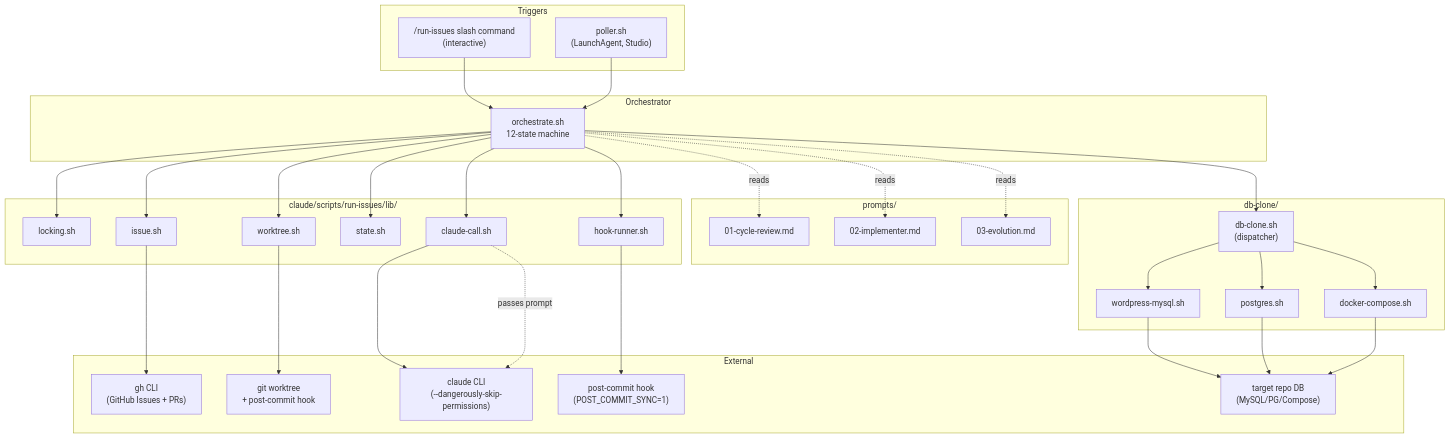
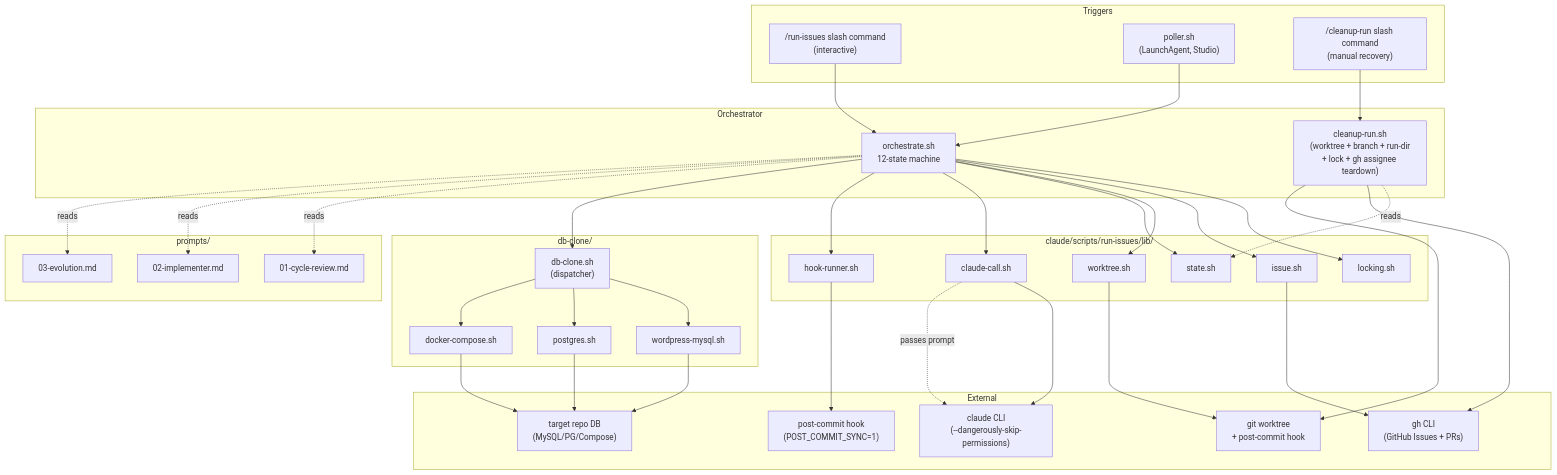
The diagram in docs/diagrams/run-issues-component-dependencies.mmd (Silon-Oy/silon-issue-runner), drawn with Mermaid before and after one commit.

Commit message:
docs(run-issues): list cleanup-run in component tree and dependency graph
Add /cleanup-run slash command file to the Komponentit file tree in
CLAUDE.md, and add cleanup-run.sh as a separate maintenance tool node
in the component-dependency diagram alongside the orchestrator. The
diagram comment in CLAUDE.md ("Päivitä molemmat aina kun lisäät uuden
vaiheen tai komponentin") explicitly required this.

(post-commit automation)

```diff
--- a/docs/diagrams/run-issues-component-dependencies.mmd
+++ b/docs/diagrams/run-issues-component-dependencies.mmd
@@ -1,70 +1,77 @@
 %% /run-issues — component dependencies
 %% Shows which scripts call which libs and how external systems hook in.
 flowchart TB
     subgraph Triggers
         CMD["/run-issues slash command<br/>(interactive)"]
         POLL["poller.sh<br/>(LaunchAgent, Studio)"]
+        CLEAN_CMD["/cleanup-run slash command<br/>(manual recovery)"]
     end
 
     subgraph Orchestrator
         ORCH["orchestrate.sh<br/>12-state machine"]
+        CLEAN["cleanup-run.sh<br/>(worktree + branch + run-dir<br/>+ lock + gh assignee teardown)"]
     end
 
     subgraph Libraries["claude/scripts/run-issues/lib/"]
         L_LOCK["locking.sh"]
         L_ISSUE["issue.sh"]
         L_WT["worktree.sh"]
         L_STATE["state.sh"]
         L_CLAUDE["claude-call.sh"]
         L_HOOK["hook-runner.sh"]
     end
 
     subgraph Prompts["prompts/"]
         P_CR["01-cycle-review.md"]
         P_IMP["02-implementer.md"]
         P_EVO["03-evolution.md"]
     end
 
     subgraph DBClone["db-clone/"]
         DC_DISP["db-clone.sh<br/>(dispatcher)"]
         DC_WP["wordpress-mysql.sh"]
         DC_PG["postgres.sh"]
         DC_DC["docker-compose.sh"]
     end
 
     subgraph External
         GH["gh CLI<br/>(GitHub Issues + PRs)"]
         GIT["git worktree<br/>+ post-commit hook"]
         CC["claude CLI<br/>(--dangerously-skip-permissions)"]
         PCH["post-commit hook<br/>(POST_COMMIT_SYNC=1)"]
         DB["target repo DB<br/>(MySQL/PG/Compose)"]
     end
 
     CMD --> ORCH
     POLL --> ORCH
+    CLEAN_CMD --> CLEAN
+
+    CLEAN -. reads .-> L_STATE
+    CLEAN --> GH
+    CLEAN --> GIT
 
     ORCH --> L_LOCK
     ORCH --> L_ISSUE
     ORCH --> L_WT
     ORCH --> L_STATE
     ORCH --> L_CLAUDE
     ORCH --> L_HOOK
     ORCH --> DC_DISP
 
     L_ISSUE --> GH
     L_WT --> GIT
     L_CLAUDE --> CC
     L_HOOK --> PCH
 
     DC_DISP --> DC_WP
     DC_DISP --> DC_PG
     DC_DISP --> DC_DC
     DC_WP --> DB
     DC_PG --> DB
     DC_DC --> DB
 
     ORCH -. reads .-> P_CR
     ORCH -. reads .-> P_IMP
     ORCH -. reads .-> P_EVO
 
     L_CLAUDE -. passes prompt .-> CC
```
